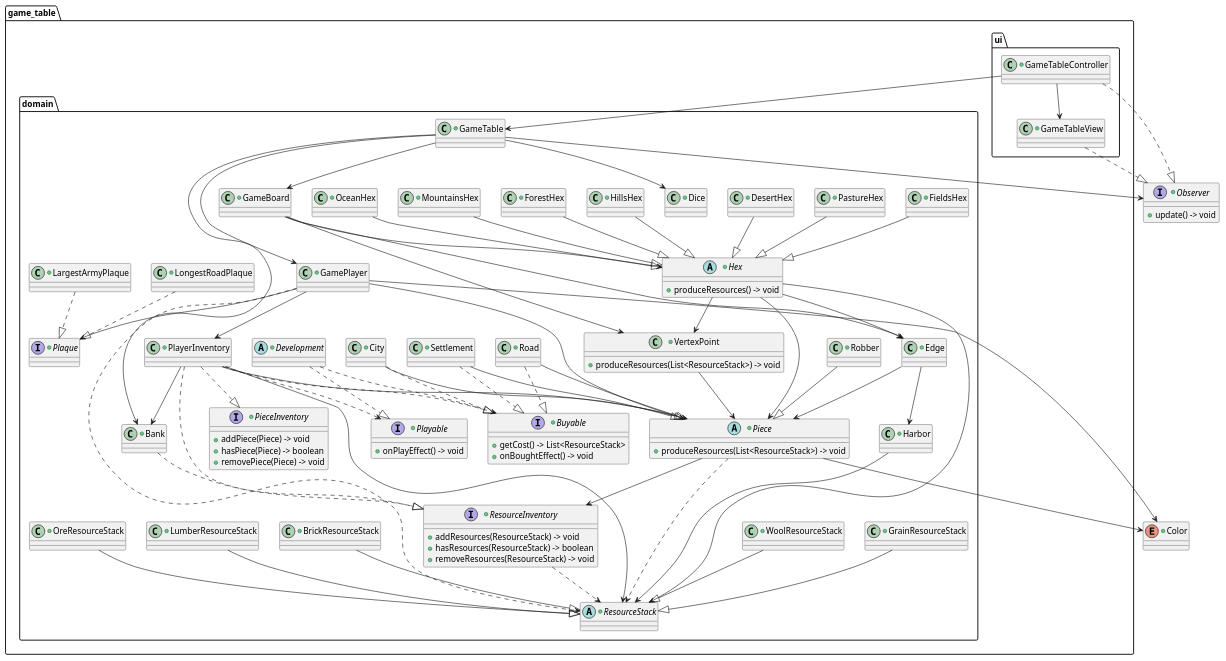
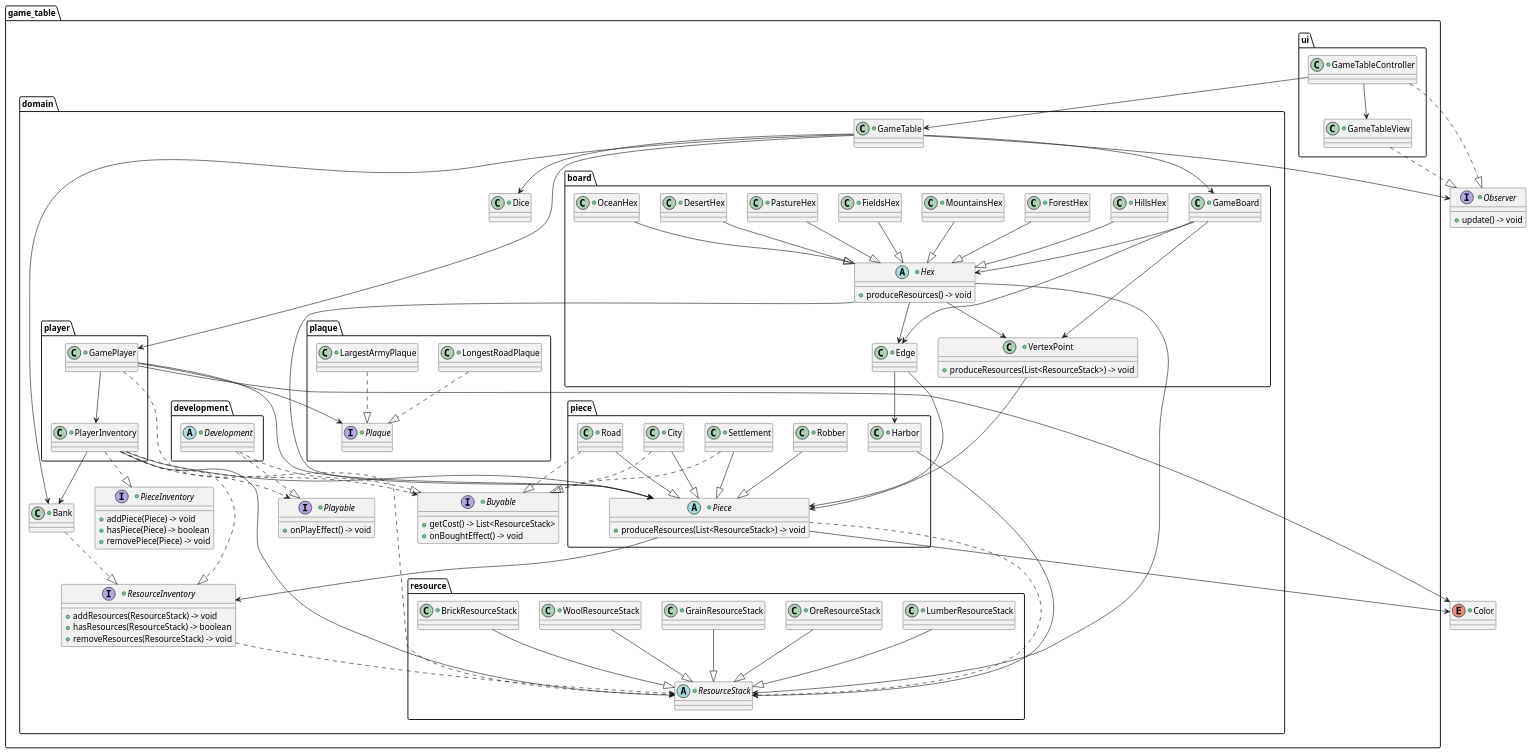
The diagram in docs/design/game_table.puml (nu-cs-sqe/cs380-software-quality-engineering-20262701-course-project-group-5), drawn with PlantUML before and after one commit.

Commit message:
Made sub-packages for organization

```diff
--- a/docs/design/game_table.puml
+++ b/docs/design/game_table.puml
@@ -27,9 +27,6 @@
     +class Bank {
     }
 
-    +class GamePlayer {
-    }
-
     +interface ResourceInventory {
         +addResources(ResourceStack) -> void
         +hasResources(ResourceStack) -> boolean
@@ -42,8 +39,17 @@
         +removePiece(Piece) -> void
     }
 
+package player {
+
+    +class GamePlayer {
+    }
+
     +class PlayerInventory {
     }
+
+}
+
+package board {
 
     +class GameBoard {
     }
@@ -63,13 +69,13 @@
 
     +class FieldsHex {
     }
-    
+
     +class PastureHex {
     }
-    
+
     +class DesertHex {
     }
-    
+
     +class OceanHex {
     }
 
@@ -79,6 +85,10 @@
 
     +class Edge {
     }
+
+}
+
+package piece {
 
     +abstract class Piece {
         +produceResources(List<ResourceStack>) -> void
@@ -99,6 +109,8 @@
     +class Harbor {
     }
 
+}
+
     +interface Buyable {
         +getCost() -> List<ResourceStack>
         +onBoughtEffect() -> void
@@ -111,8 +123,7 @@
         +onPlayEffect() -> void
     }
 
-    +abstract class Development {
-    }
+package resource {
 
     +abstract class ResourceStack {
     }
@@ -132,6 +143,17 @@
     +class WoolResourceStack {
     }
 
+}
+
+package development {
+
+    +abstract class Development {
+    }
+
+}
+
+package plaque {
+
     +interface Plaque {
     }
 
@@ -140,6 +162,8 @@
 
     +class LargestArmyPlaque {
     }
+
+}
 
 }
 
```
